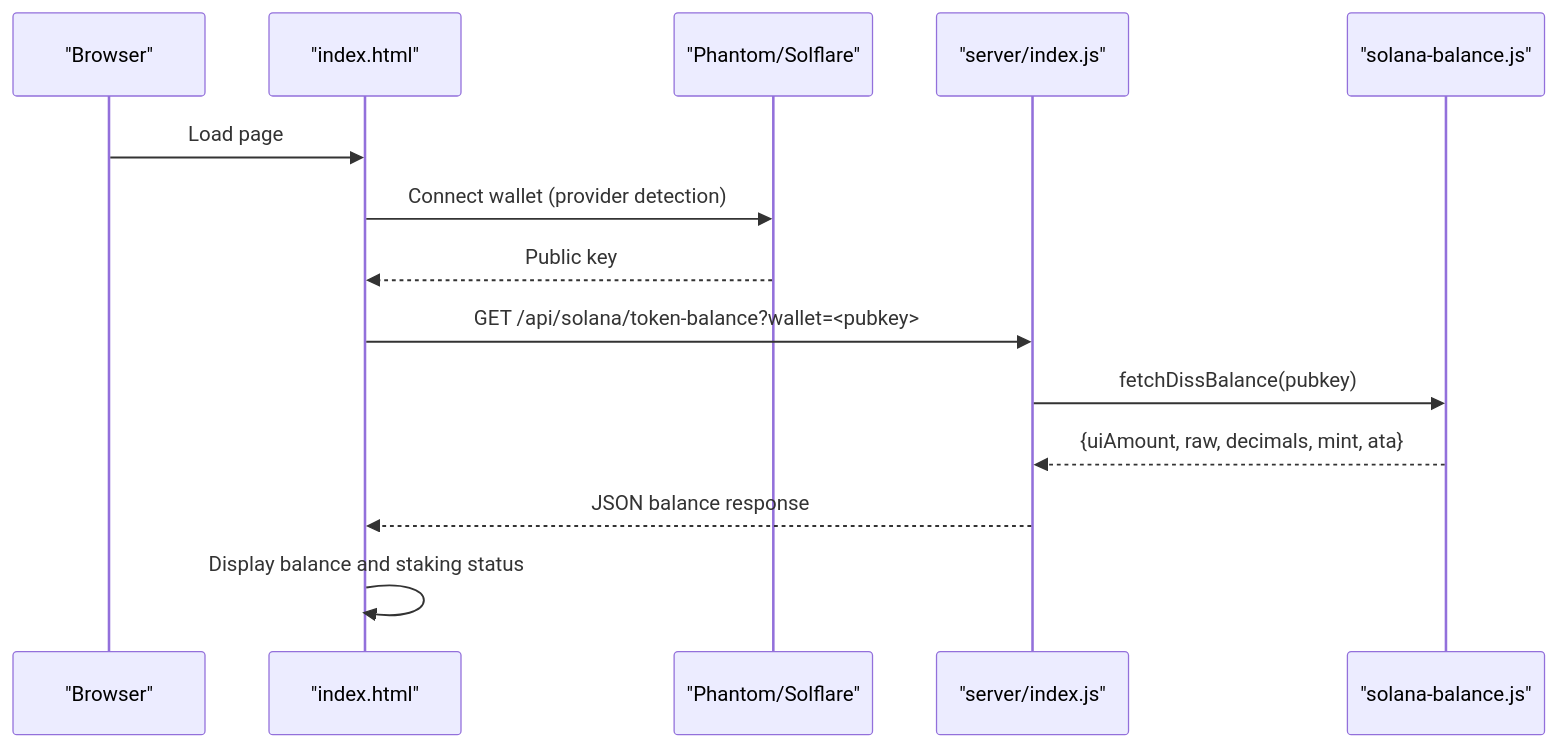
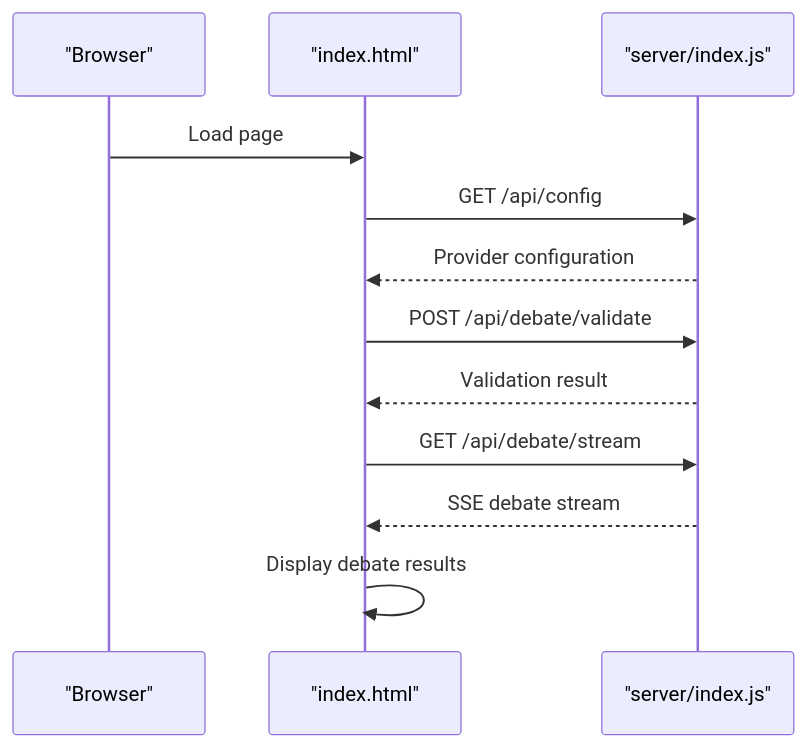
The second of 5 diagrams in .qoder/repowiki/en/content/Blockchain Integration/Blockchain Integration.md (RunTimeAdmin/tri-ai), drawn with Mermaid before and after one commit. The commit also changed other lines of this file and 46 other files, not shown here.

Commit message:
Harden API security, add debate persistence, clean up repo

````diff
--- a/.qoder/repowiki/en/content/Blockchain Integration/Blockchain Integration.md
+++ b/.qoder/repowiki/en/content/Blockchain Integration/Blockchain Integration.md
@@ -90,16 +79,14 @@
 ```mermaid
 sequenceDiagram
 participant Browser as "Browser"
 participant UI as "index.html"
-participant Wallet as "Phantom/Solflare"
 participant Server as "server/index.js"
-participant Balance as "solana-balance.js"
 Browser->>UI : Load page
-UI->>Wallet : Connect wallet (provider detection)
-Wallet-->>UI : Public key
-UI->>Server : GET /api/solana/token-balance?wallet=<pubkey>
-Server->>Balance : fetchDissBalance(pubkey)
-Balance-->>Server : {uiAmount, raw, decimals, mint, ata}
-Server-->>UI : JSON balance response
-UI->>UI : Display balance and staking status
+UI->>Server : GET /api/config
+Server-->>UI : Provider configuration
+UI->>Server : POST /api/debate/validate
+Server-->>UI : Validation result
+UI->>Server : GET /api/debate/stream
+Server-->>UI : SSE debate stream
+UI->>UI : Display debate results
 ```
````
